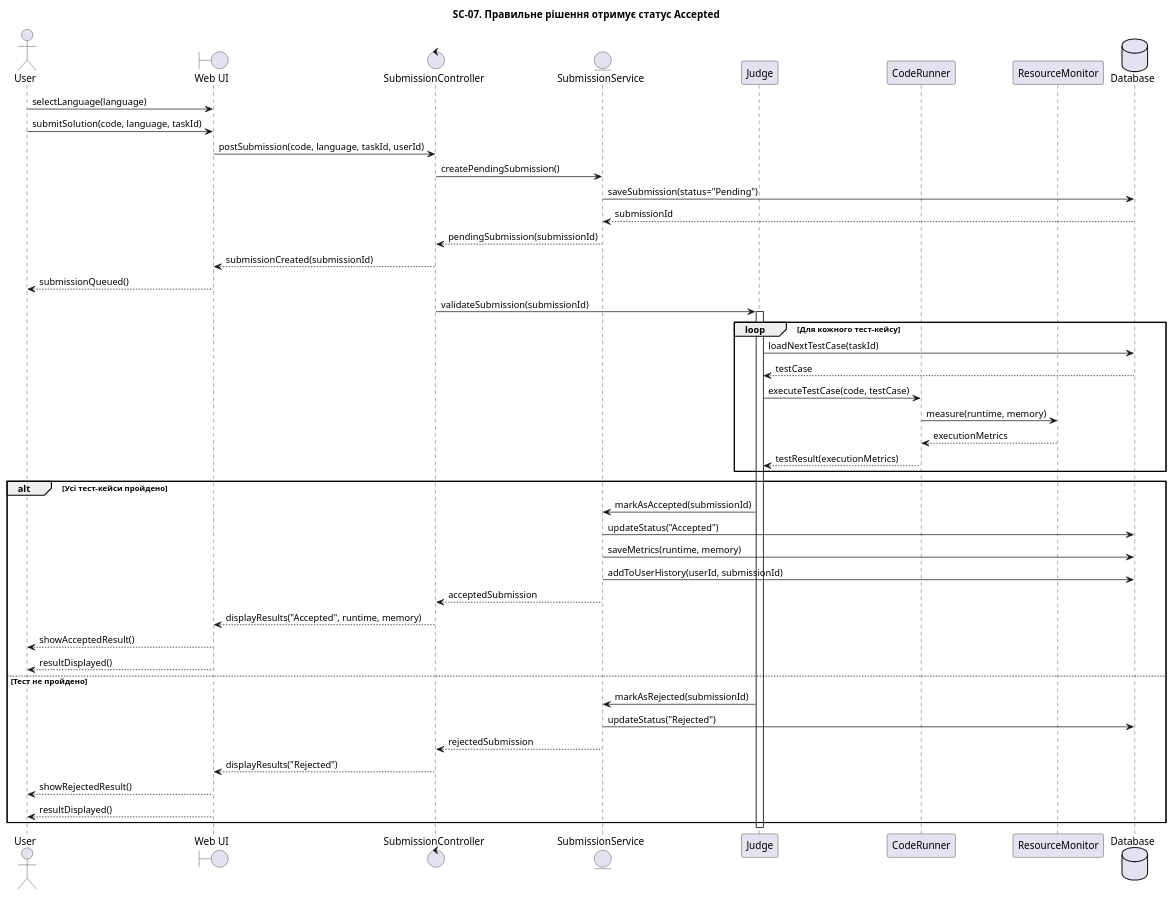
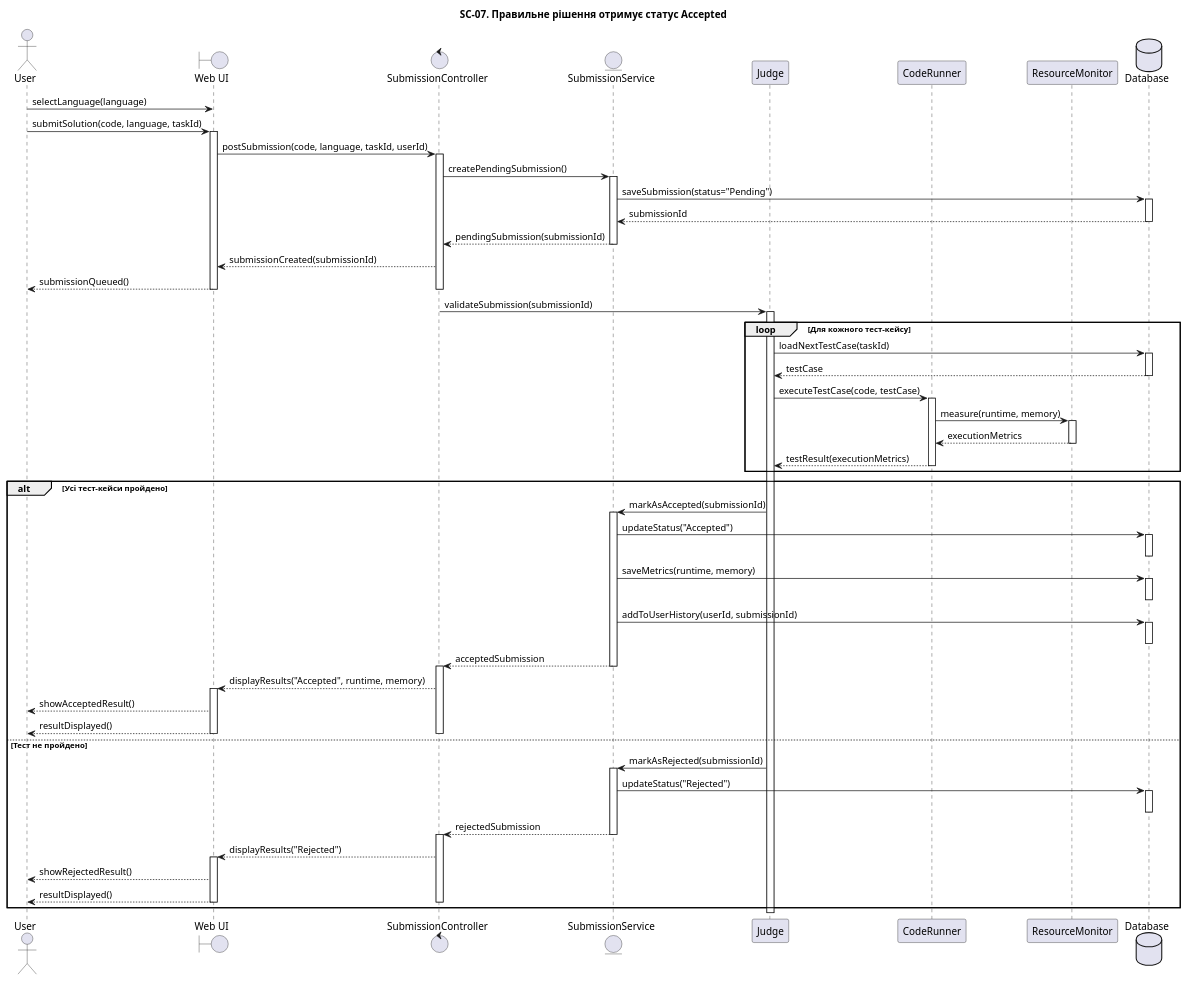
The diagram in lab3/sequence/SC-07.puml (Cammp3r/KPI-2-LABS), drawn with PlantUML before and after one commit. The commit also changed 2 other files, not shown here.

```diff
--- a/lab3/sequence/SC-07.puml
+++ b/lab3/sequence/SC-07.puml
@@ -1,54 +1,88 @@
 @startuml
 title SC-07. Правильне рішення отримує статус Accepted
 
 actor "User" as User
 boundary "Web UI" as UI
 control "SubmissionController" as Controller
 entity "SubmissionService" as SubmissionService
 participant "Judge" as Judge
 participant "CodeRunner" as Runner
 participant "ResourceMonitor" as Metrics
 database "Database" as DB
 
 User -> UI: selectLanguage(language)
 User -> UI: submitSolution(code, language, taskId)
+activate UI
 UI -> Controller: postSubmission(code, language, taskId, userId)
+activate Controller
 
 Controller -> SubmissionService: createPendingSubmission()
+activate SubmissionService
 SubmissionService -> DB: saveSubmission(status="Pending")
+activate DB
 DB --> SubmissionService: submissionId
+deactivate DB
 SubmissionService --> Controller: pendingSubmission(submissionId)
+deactivate SubmissionService
 Controller --> UI: submissionCreated(submissionId)
 UI --> User: submissionQueued()
+deactivate Controller
+deactivate UI
 Controller -> Judge: validateSubmission(submissionId)
 activate Judge
 
 loop Для кожного тест-кейсу
     Judge -> DB: loadNextTestCase(taskId)
+    activate DB
     DB --> Judge: testCase
+    deactivate DB
     Judge -> Runner: executeTestCase(code, testCase)
+    activate Runner
     Runner -> Metrics: measure(runtime, memory)
+    activate Metrics
     Metrics --> Runner: executionMetrics
+    deactivate Metrics
     Runner --> Judge: testResult(executionMetrics)
+    deactivate Runner
 end
 
 alt Усі тест-кейси пройдено
     Judge -> SubmissionService: markAsAccepted(submissionId)
+    activate SubmissionService
     SubmissionService -> DB: updateStatus("Accepted")
+    activate DB
+    deactivate DB
     SubmissionService -> DB: saveMetrics(runtime, memory)
+    activate DB
+    deactivate DB
     SubmissionService -> DB: addToUserHistory(userId, submissionId)
+    activate DB
+    deactivate DB
     SubmissionService --> Controller: acceptedSubmission
+    deactivate SubmissionService
+    activate Controller
     Controller --> UI: displayResults("Accepted", runtime, memory)
+    activate UI
     UI --> User: showAcceptedResult()
     UI --> User: resultDisplayed()
+    deactivate UI
+    deactivate Controller
 else Тест не пройдено
     Judge -> SubmissionService: markAsRejected(submissionId)
+    activate SubmissionService
     SubmissionService -> DB: updateStatus("Rejected")
+    activate DB
+    deactivate DB
     SubmissionService --> Controller: rejectedSubmission
+    deactivate SubmissionService
+    activate Controller
     Controller --> UI: displayResults("Rejected")
+    activate UI
     UI --> User: showRejectedResult()
     UI --> User: resultDisplayed()
+    deactivate UI
+    deactivate Controller
 end
 
 deactivate Judge
 @enduml
```
